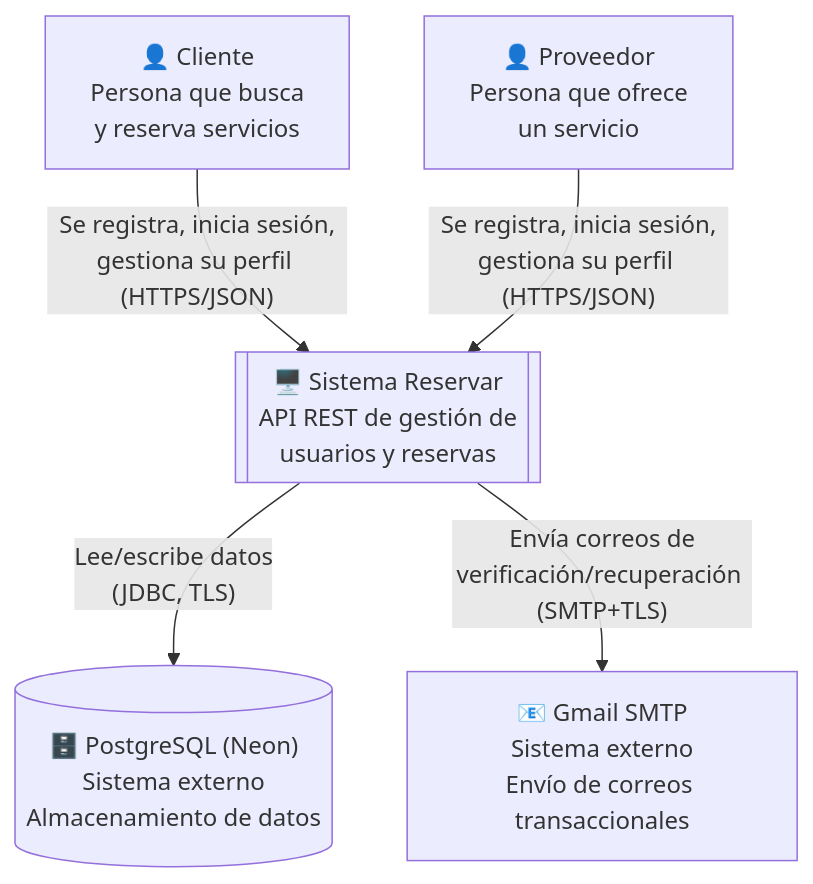
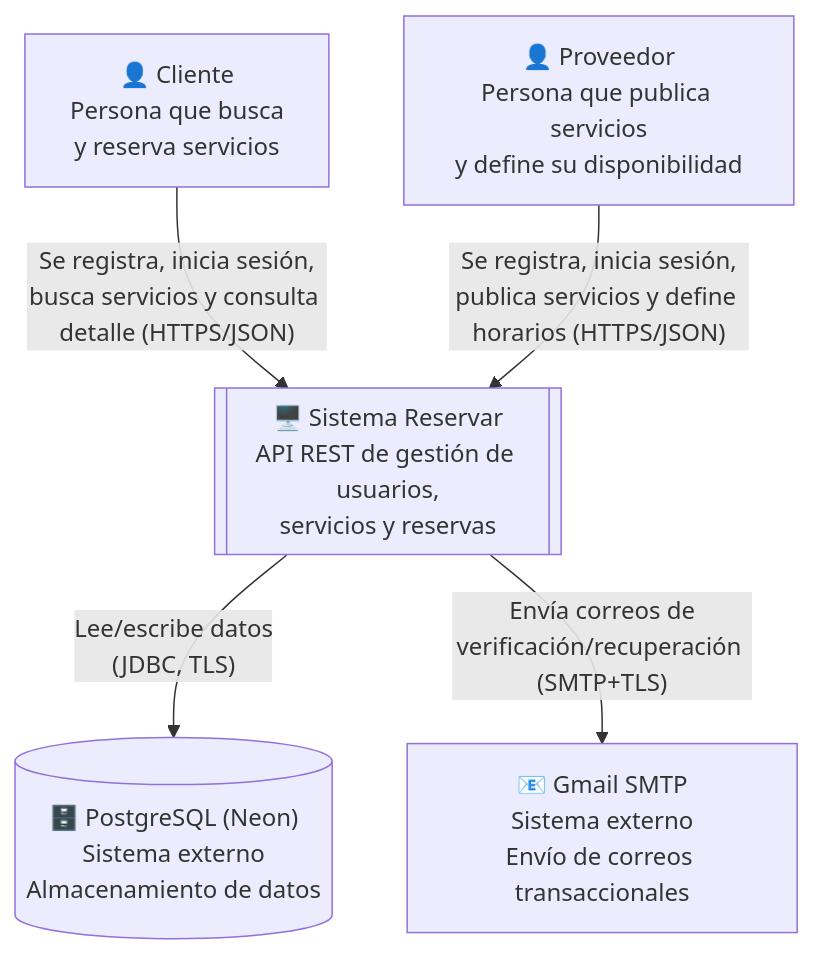
One commit to FabricaEscuela20262-EAV09/FabricaEscuela202602_EAV09 changed the first of 5 diagrams in README.md. Above: the diagram before and after it, drawn with Mermaid. The commit also changed other lines of this file, not shown here.

````diff
--- a/README.md
+++ b/README.md
@@ -27,13 +27,13 @@
 ```mermaid
 graph TD
     Cliente["👤 Cliente<br/>Persona que busca<br/>y reserva servicios"]
-    Proveedor["👤 Proveedor<br/>Persona que ofrece<br/>un servicio"]
-    Sistema[["🖥️ Sistema Reservar<br/>API REST de gestión de<br/>usuarios y reservas"]]
+    Proveedor["👤 Proveedor<br/>Persona que publica servicios<br/>y define su disponibilidad"]
+    Sistema[["🖥️ Sistema Reservar<br/>API REST de gestión de usuarios,<br/>servicios y reservas"]]
     BD[("🗄️ PostgreSQL (Neon)<br/>Sistema externo<br/>Almacenamiento de datos")]
     Correo["📧 Gmail SMTP<br/>Sistema externo<br/>Envío de correos transaccionales"]
-
-    Cliente -->|"Se registra, inicia sesión,<br/>gestiona su perfil (HTTPS/JSON)"| Sistema
-    Proveedor -->|"Se registra, inicia sesión,<br/>gestiona su perfil (HTTPS/JSON)"| Sistema
+ 
+    Cliente -->|"Se registra, inicia sesión,<br/>busca servicios y consulta detalle (HTTPS/JSON)"| Sistema
+    Proveedor -->|"Se registra, inicia sesión,<br/>publica servicios y define horarios (HTTPS/JSON)"| Sistema
     Sistema -->|"Lee/escribe datos<br/>(JDBC, TLS)"| BD
     Sistema -->|"Envía correos de<br/>verificación/recuperación (SMTP+TLS)"| Correo
 ```
````
